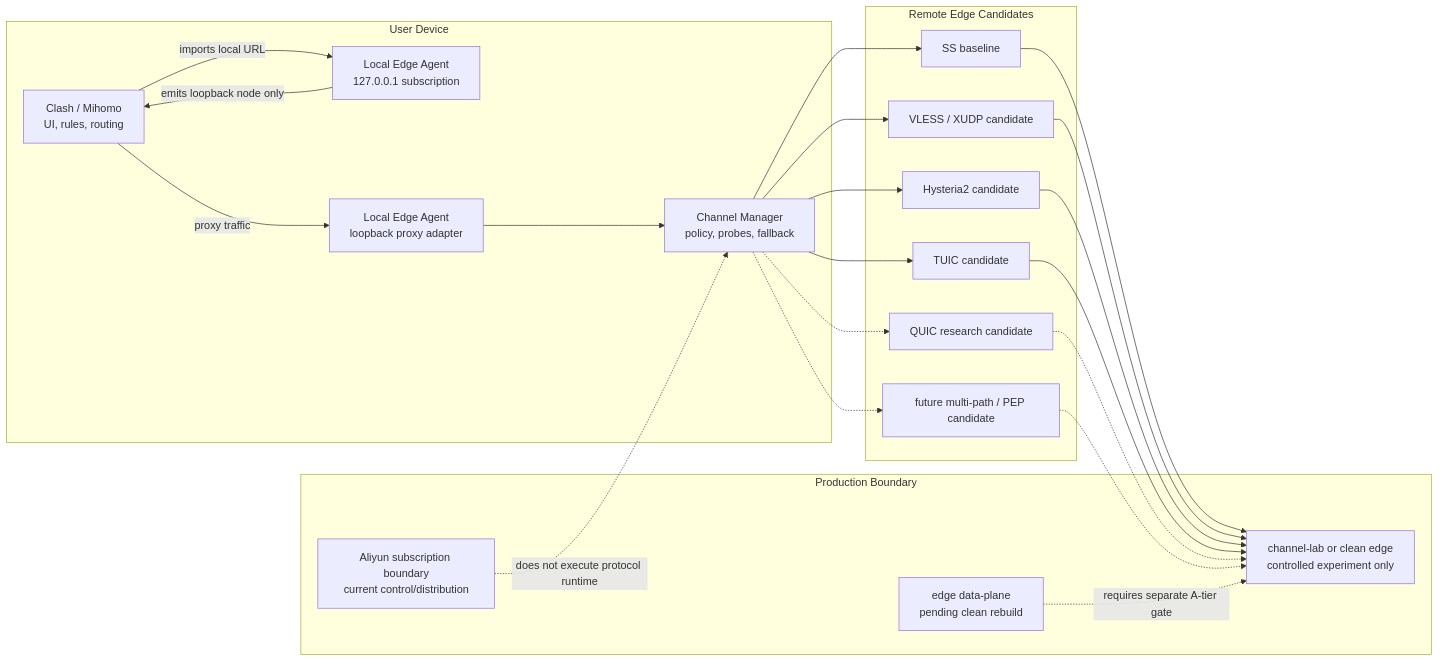
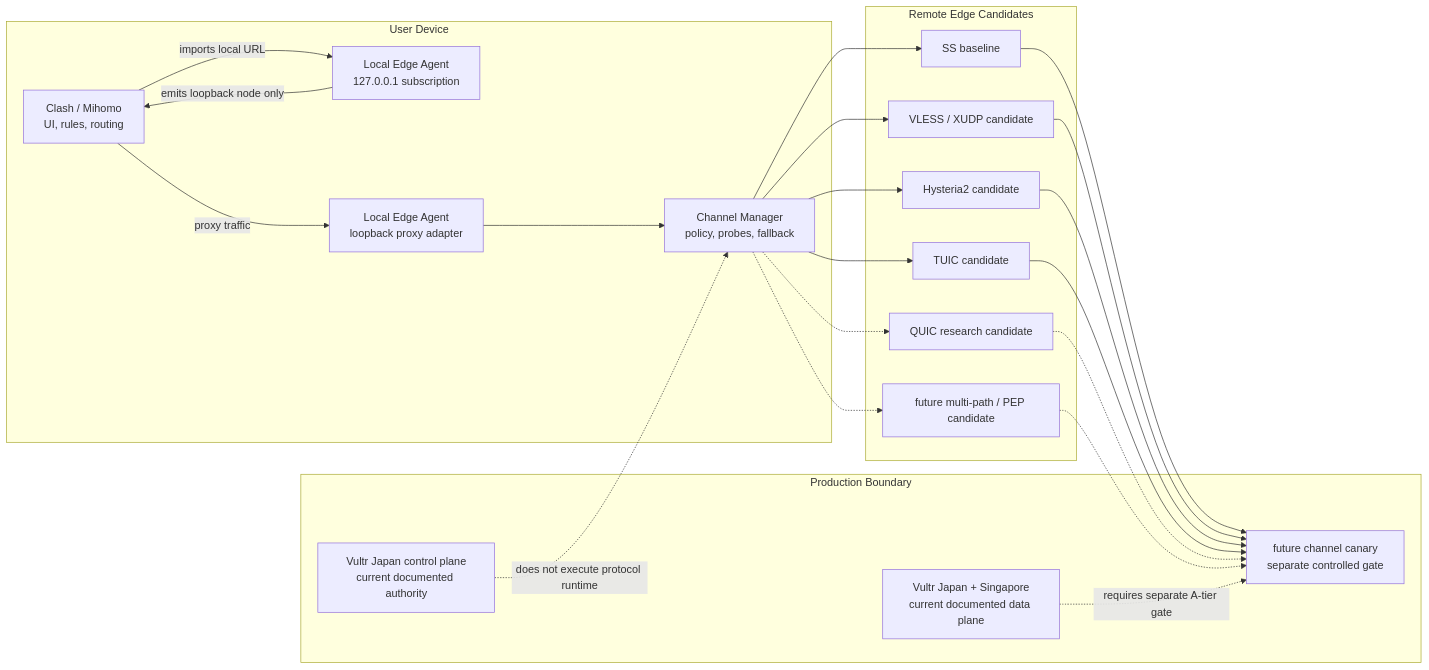
The diagram in docs/LOCAL_EDGE_CHANNEL_TECHNICAL_MVP.md (FlyLink-com/proxy-gateway-minimal), drawn with Mermaid before and after one commit. The commit also changed other lines of this file and 12 other files, not shown here.

````diff
--- a/docs/LOCAL_EDGE_CHANNEL_TECHNICAL_MVP.md
+++ b/docs/LOCAL_EDGE_CHANNEL_TECHNICAL_MVP.md
@@ -78,43 +78,43 @@
 ```mermaid
 flowchart LR
   subgraph "User Device"
     Clash["Clash / Mihomo\nUI, rules, routing"]
     AgentSub["Local Edge Agent\n127.0.0.1 subscription"]
     AgentProxy["Local Edge Agent\nloopback proxy adapter"]
     Manager["Channel Manager\npolicy, probes, fallback"]
   end
 
   subgraph "Remote Edge Candidates"
     SS["SS baseline"]
     VLESS["VLESS / XUDP candidate"]
     HY2["Hysteria2 candidate"]
     TUIC["TUIC candidate"]
     QUIC["QUIC research candidate"]
     Future["future multi-path / PEP candidate"]
   end
 
   subgraph "Production Boundary"
-    Control["Aliyun subscription boundary\ncurrent control/distribution"]
-    EdgePending["edge data-plane\npending clean rebuild"]
-    Canary["channel-lab or clean edge\ncontrolled experiment only"]
+    Control["Vultr Japan control plane\ncurrent documented authority"]
+    EdgePending["Vultr Japan + Singapore\ncurrent documented data plane"]
+    Canary["future channel canary\nseparate controlled gate"]
   end
 
   Clash -->|"imports local URL"| AgentSub
   AgentSub -->|"emits loopback node only"| Clash
   Clash -->|"proxy traffic"| AgentProxy
   AgentProxy --> Manager
   Manager --> SS
   Manager --> VLESS
   Manager --> HY2
   Manager --> TUIC
   Manager -.-> QUIC
   Manager -.-> Future
   SS --> Canary
   VLESS --> Canary
   HY2 --> Canary
   TUIC --> Canary
   QUIC -.-> Canary
   Future -.-> Canary
   Control -.->|"does not execute protocol runtime"| Manager
   EdgePending -.->|"requires separate A-tier gate"| Canary
 ```
````
